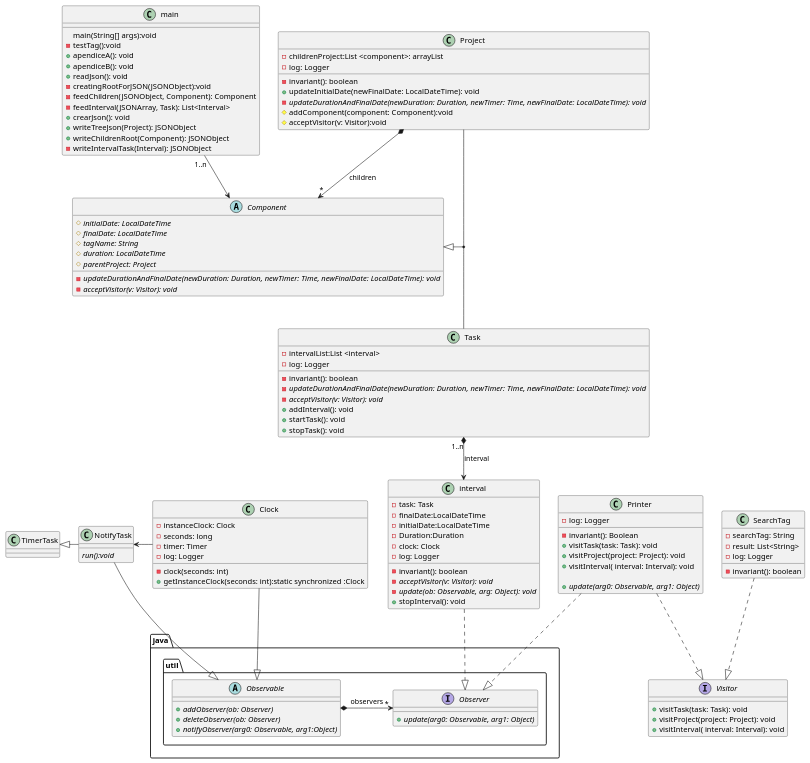
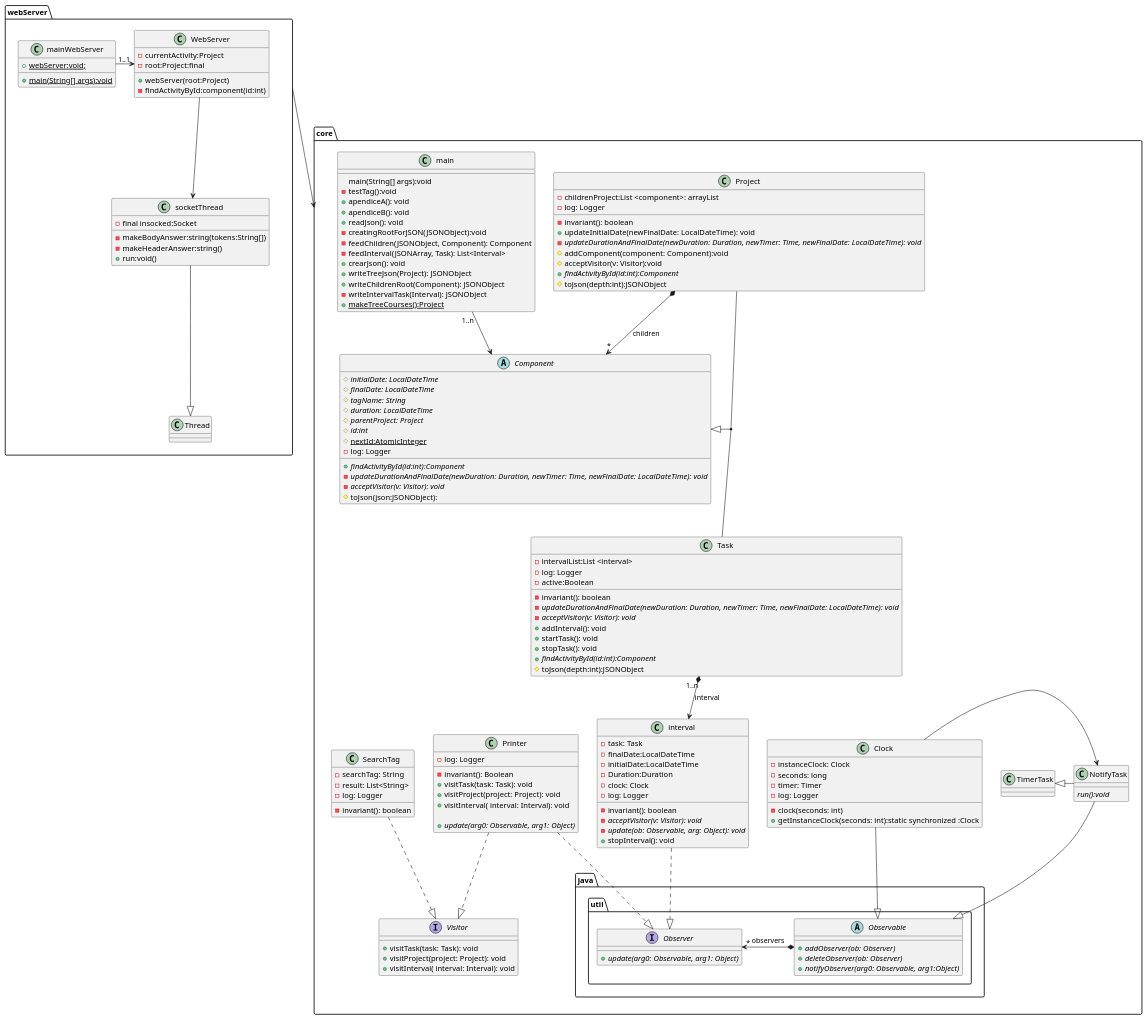
Before and after one commit to alekzihz/DS_TimeTracking: the diagram in src/umlTimeTracking.puml, drawn with PlantUML. The commit also changed 1 other file, not shown here.

Commit message:
Actualizacion UML, Milestone3

```diff
--- a/src/umlTimeTracking.puml
+++ b/src/umlTimeTracking.puml
@@ -3,7 +3,7 @@
 'https://plantuml.com/class-diagram
 
 
-
+package core{
 class main{
   main(String[] args):void
   -testTag():void
@@ -17,6 +17,7 @@
   +writeTreeJson(Project): JSONObject
   +writeChildrenRoot(Component): JSONObject
   -writeIntervalTask(Interval): JSONObject
+  +{static}makeTreeCourses():Project
 }
 abstract Component{
     {abstract}#initialDate: LocalDateTime
@@ -24,8 +25,13 @@
     {abstract}#tagName: String
     {abstract}#duration: LocalDateTime
     {abstract}#parentProject: Project
+    {abstract}#id:int
+    #{static}nextId:AtomicInteger
+    -log: Logger
+    {abstract}+findActivityById(id:int):Component
     {abstract}-updateDurationAndFinalDate(newDuration: Duration, newTimer: Time, newFinalDate: LocalDateTime): void
     {abstract}-acceptVisitor(v: Visitor): void
+    #toJson(json:JSONObject):
 }
 
 Interface Visitor{
@@ -38,24 +44,28 @@
 class Project{
     -childrenProject:List <component>: arrayList
     -log: Logger
-    
+
     -invariant(): boolean
     +updateInitialDate(newFinalDate: LocalDateTime): void
     {abstract}-updateDurationAndFinalDate(newDuration: Duration, newTimer: Time, newFinalDate: LocalDateTime): void
     #addComponent(component: Component):void
     #acceptVisitor(v: Visitor):void
+    {abstract}+findActivityById(id:int):Component
+     #toJson(depth:int):JSONObject
 }
 
 class Task {
     -intervalList:List <interval>
     -log: Logger
-    
+    -active:Boolean
     -invariant(): boolean
     {abstract}-updateDurationAndFinalDate(newDuration: Duration, newTimer: Time, newFinalDate: LocalDateTime): void
     {abstract}-acceptVisitor(v: Visitor): void
     +addInterval(): void
     +startTask(): void
     +stopTask(): void
+    {abstract}+findActivityById(id:int):Component
+    #toJson(depth:int):JSONObject
 }
 class interval{
     -task: Task
@@ -64,11 +74,33 @@
     -Duration:Duration
     -clock: Clock
     -log: Logger
-    
+
     -invariant(): boolean
     {abstract}-acceptVisitor(v: Visitor): void
     {abstract}-update(ob: Observable, arg: Object): void
     +stopInterval(): void
+
+}
+
+class Printer{
+    -log: Logger
+
+    -invariant(): Boolean
+    +visitTask(task: Task): void
+    +visitProject(project: Project): void
+    +visitInterval( interval: Interval): void
+
+    +{abstract}update(arg0: Observable, arg1: Object)
+}
+
+
+class SearchTag {
+    -searchTag: String
+    -result: List<String>
+    -log: Logger
+
+
+    -invariant(): boolean
 
 }
 
@@ -90,6 +122,11 @@
 
 
 }
+class NotifyTask{
+    {abstract}run():void
+}
+
+class TimerTask{}
 
 class Clock {
     -instanceClock: Clock
@@ -100,36 +137,6 @@
     +getInstanceClock(seconds: int):static synchronized :Clock
 
 }
-
-class NotifyTask{
-    {abstract}run():void
-}
-
-class Printer{
-    -log: Logger
-
-    -invariant(): Boolean
-    +visitTask(task: Task): void
-    +visitProject(project: Project): void
-    +visitInterval( interval: Interval): void
-
-    +{abstract}update(arg0: Observable, arg1: Object)
-}
-
-
-class SearchTag {
-    -searchTag: String
-    -result: List<String>
-    -log: Logger
-    
-    
-    -invariant(): boolean
-
-}
-
-Clock-left->NotifyTask
-NotifyTask--|>Observable
-NotifyTask-left-|>TimerTask
 
 SearchTag..|>Visitor
 
@@ -146,4 +153,50 @@
 Observable*--left>"*"Observer:observers
 Task "1..n"*--> interval:interval
 
+}
+
+
+
+Clock-left->NotifyTask
+NotifyTask--|>Observable
+NotifyTask-left-|>TimerTask
+
+
+package webServer{
+
+    class mainWebServer{
+        +{static} main(String[] args):void
+        +{static} webServer:void;
+
+    }
+
+    class WebServer{
+        -currentActivity:Project
+        -root:Project:final
+        +webServer(root:Project)
+        -findActivityById:component(id:int)
+
+    }
+
+    class socketThread{
+        -final insocked:Socket
+        -makeBodyAnswer:string(tokens:String[])
+        -makeHeaderAnswer:string()
+        +run:void()
+
+    }
+
+mainWebServer"1..1"-right-> WebServer
+socketThread<-up- WebServer
+socketThread--|>Thread
+
+
+
+
+}
+
+webServer-->core
+
+
+
 @enduml
```
